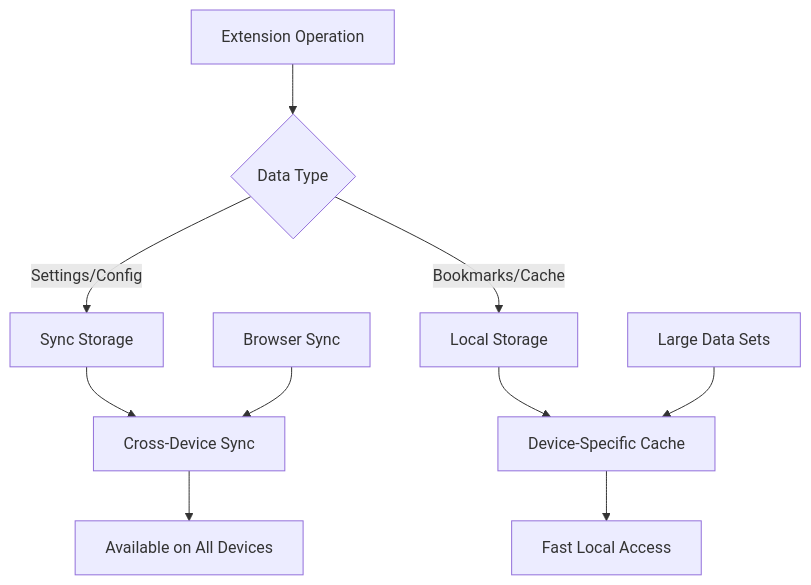
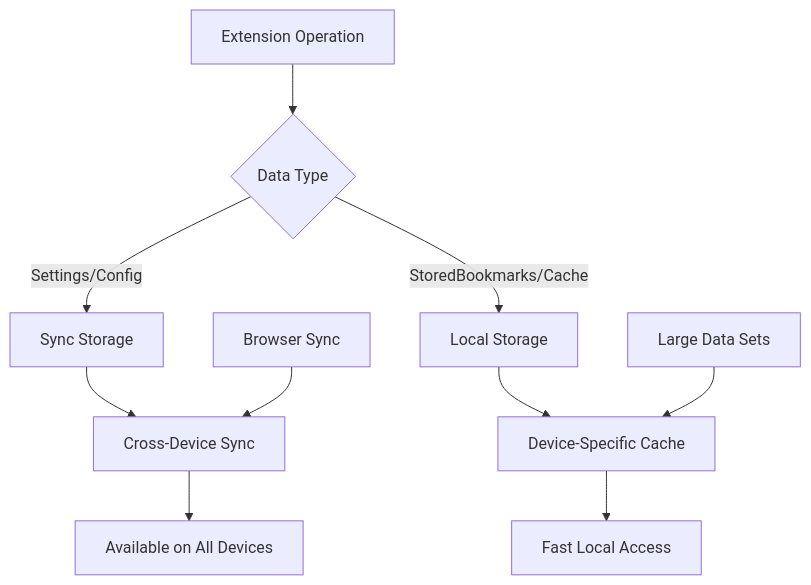
Before and after one commit to danlourenco/hubmarks: diagram 12 of 14 in docs/data-flow.md, drawn with Mermaid. The commit also changed other lines of this file and 5 other files, not shown here.

First line of the commit message:
docs: update all documentation for JSON-first architecture

````diff
--- a/docs/data-flow.md
+++ b/docs/data-flow.md
@@ -309,16 +350,16 @@
 ```mermaid
 graph TB
     A[Extension Operation] --> B{Data Type}
     
     B -->|Settings/Config| C[Sync Storage]
-    B -->|Bookmarks/Cache| D[Local Storage]
+    B -->|StoredBookmarks/Cache| D[Local Storage]
     
     C --> E[Cross-Device Sync]
     D --> F[Device-Specific Cache]
     
     E --> G[Available on All Devices]
     F --> H[Fast Local Access]
     
     I[Browser Sync] --> E
     J[Large Data Sets] --> F
 ```
````
